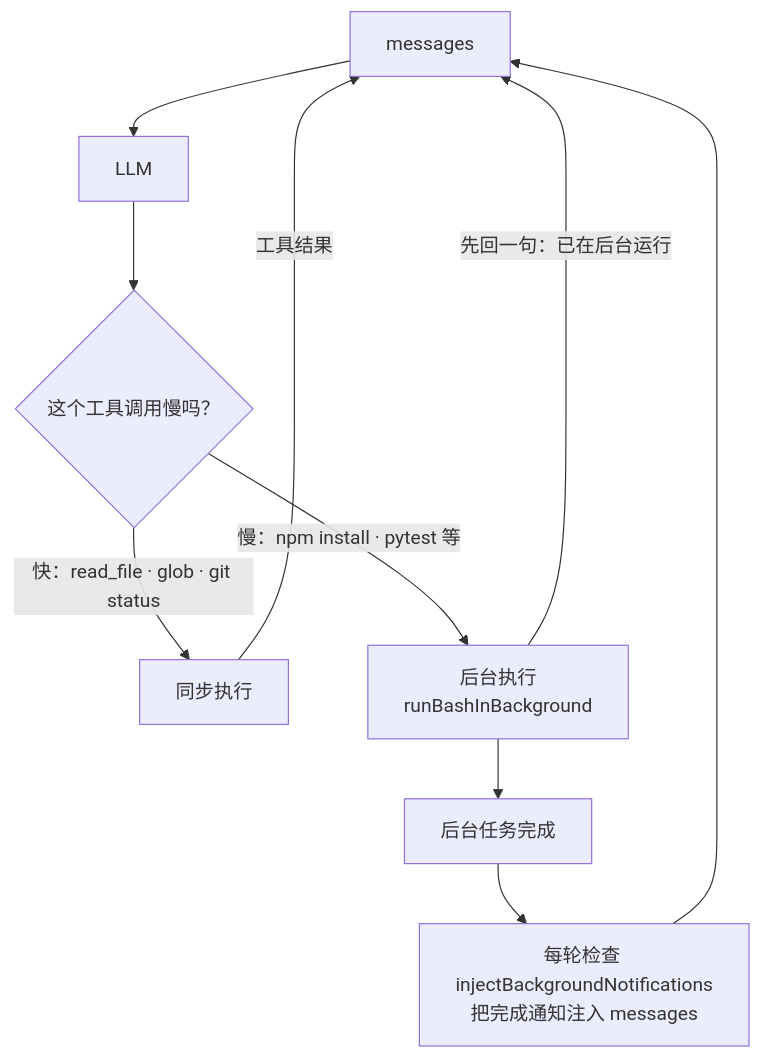
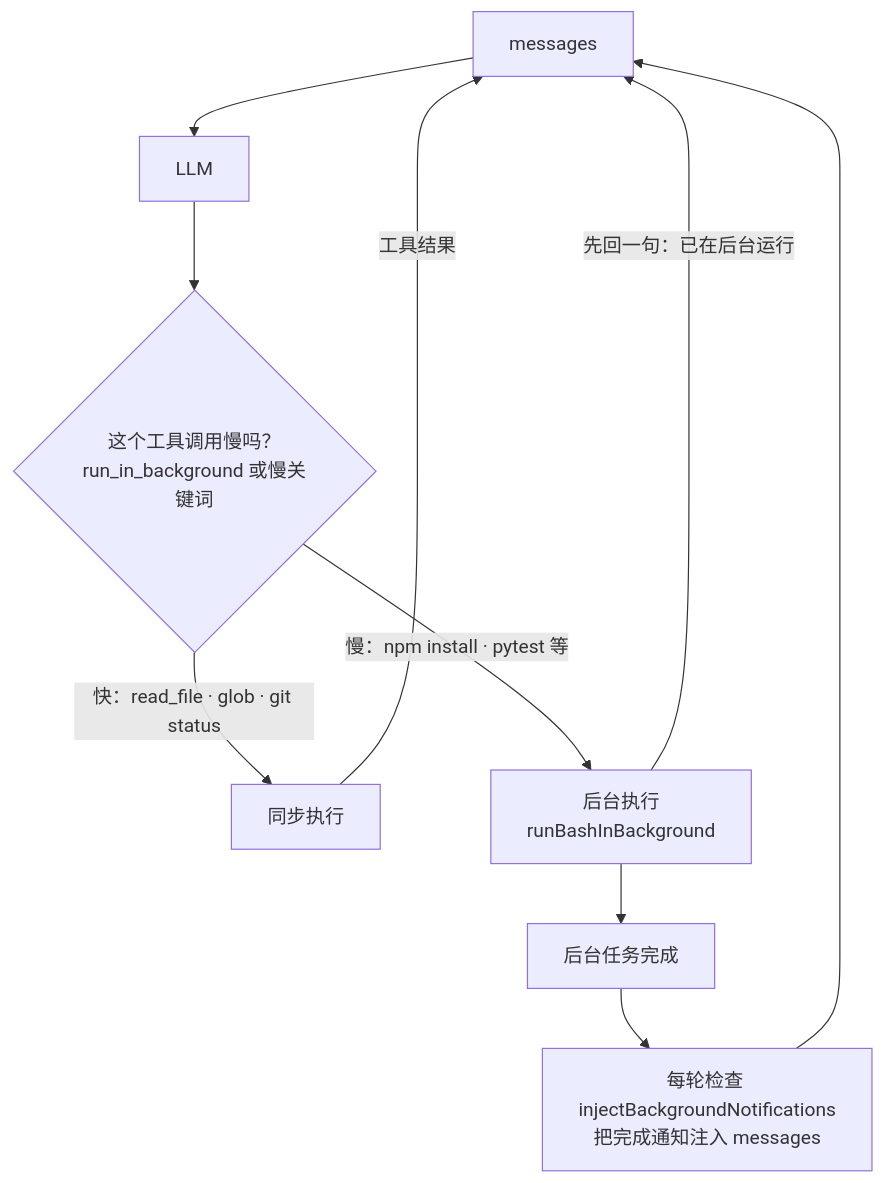
The diagram in code-agent-course/s13-background-tasks.md (shengxinjing/build-your-agent), drawn with Mermaid before and after one commit. The commit also changed other lines of this file and 10 other files, not shown here.

````diff
--- a/code-agent-course/s13-background-tasks.md
+++ b/code-agent-course/s13-background-tasks.md
@@ -18,12 +15,12 @@
 ```mermaid
 flowchart TD
   M["messages"] --> L["LLM"]
-  L --> D{"这个工具调用慢吗？"}
+  L --> D{"这个工具调用慢吗？<br/>run_in_background 或慢关键词"}
   D -->|快：read_file · glob · git status| SYNC["同步执行"]
   D -->|慢：npm install · pytest 等| BG["后台执行<br/>runBashInBackground"]
   SYNC -->|工具结果| M
   BG -->|先回一句：已在后台运行| M
   BG --> DONE["后台任务完成"]
   DONE --> INJ["每轮检查 injectBackgroundNotifications<br/>把完成通知注入 messages"]
   INJ --> M
 ```
````
